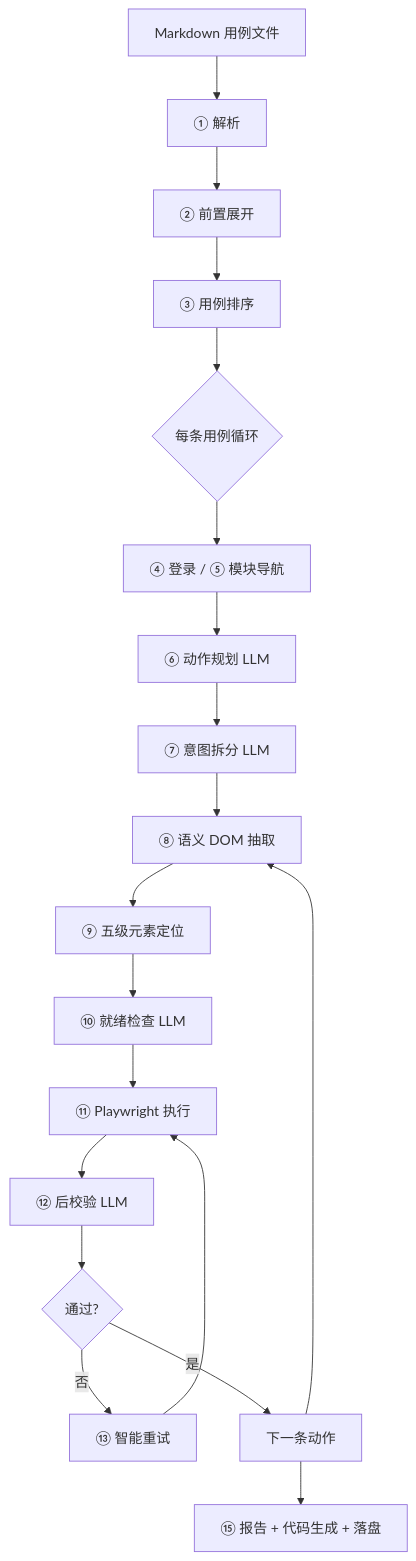
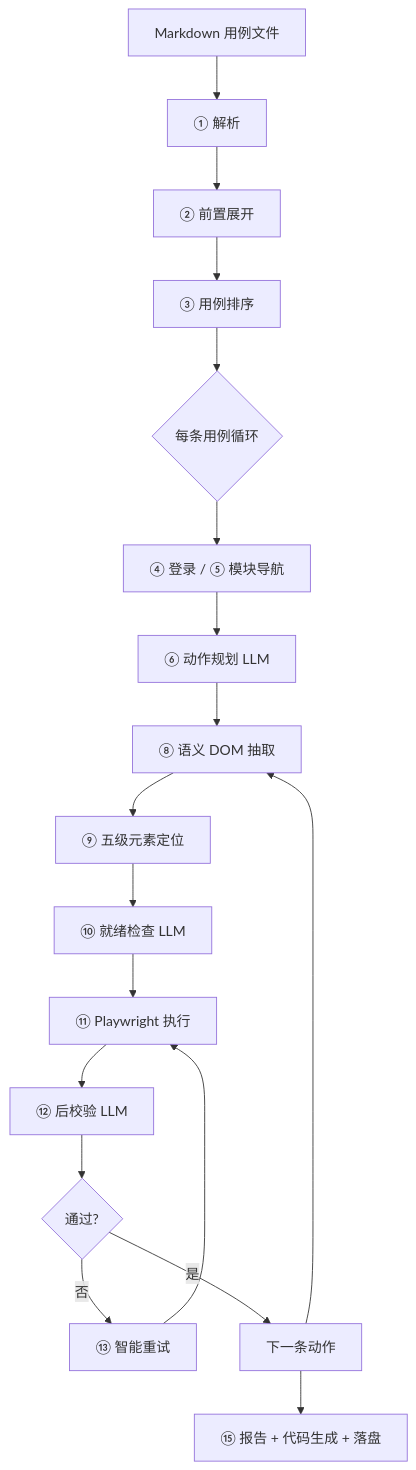
The diagram in docs/框架说明.md (wenpinggao9/web_ui_self), drawn with Mermaid before and after one commit. The commit also changed other lines of this file and 58 other files, not shown here.

````diff
--- a/docs/框架说明.md
+++ b/docs/框架说明.md
@@ -20,21 +20,20 @@
 ```mermaid
 flowchart TB
     A[Markdown 用例文件] --> B[① 解析]
     B --> C[② 前置展开]
     C --> D[③ 用例排序]
     D --> E{每条用例循环}
     E --> F[④ 登录 / ⑤ 模块导航]
     F --> G[⑥ 动作规划 LLM]
-    G --> H[⑦ 意图拆分 LLM]
-    H --> I[⑧ 语义 DOM 抽取]
+    G --> I[⑧ 语义 DOM 抽取]
     I --> J[⑨ 五级元素定位]
     J --> K[⑩ 就绪检查 LLM]
     K --> L[⑪ Playwright 执行]
     L --> M[⑫ 后校验 LLM]
     M --> N{通过?}
     N -->|否| O[⑬ 智能重试]
     O --> L
     N -->|是| P[下一条动作]
     P --> I
     P --> Q[⑮ 报告 + 代码生成 + 落盘]
 ```
````
